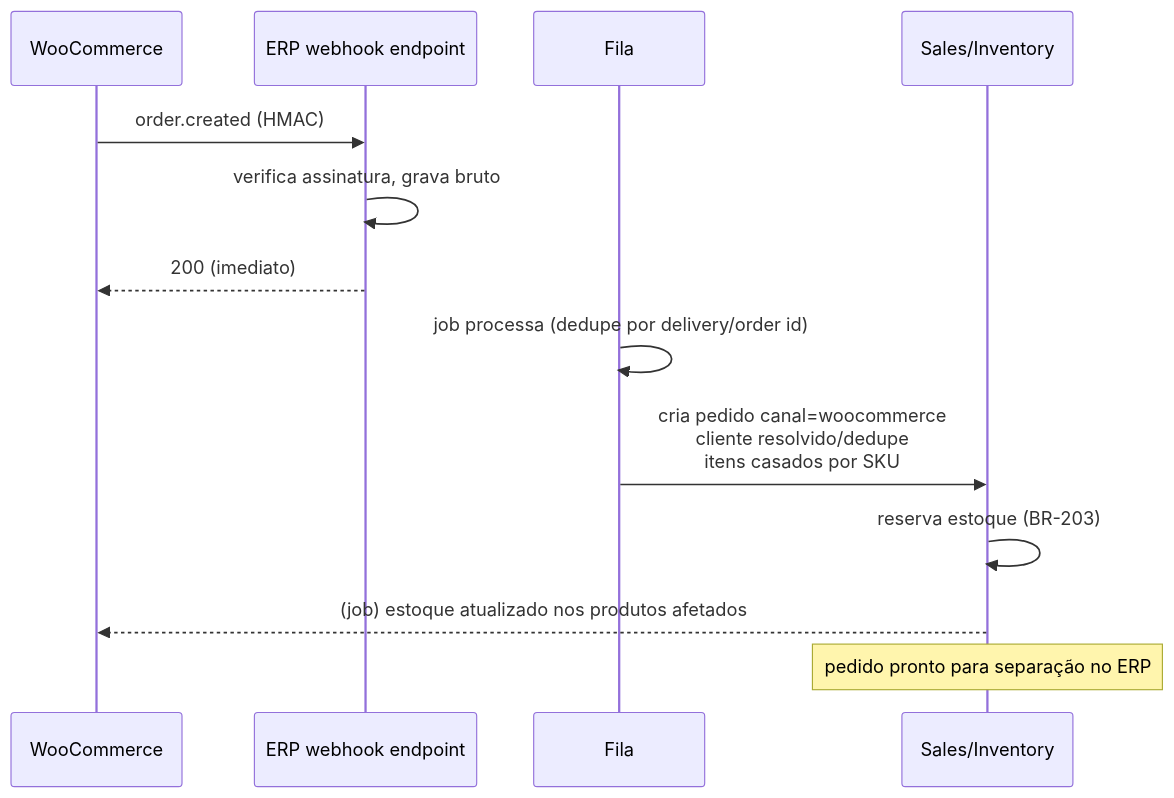
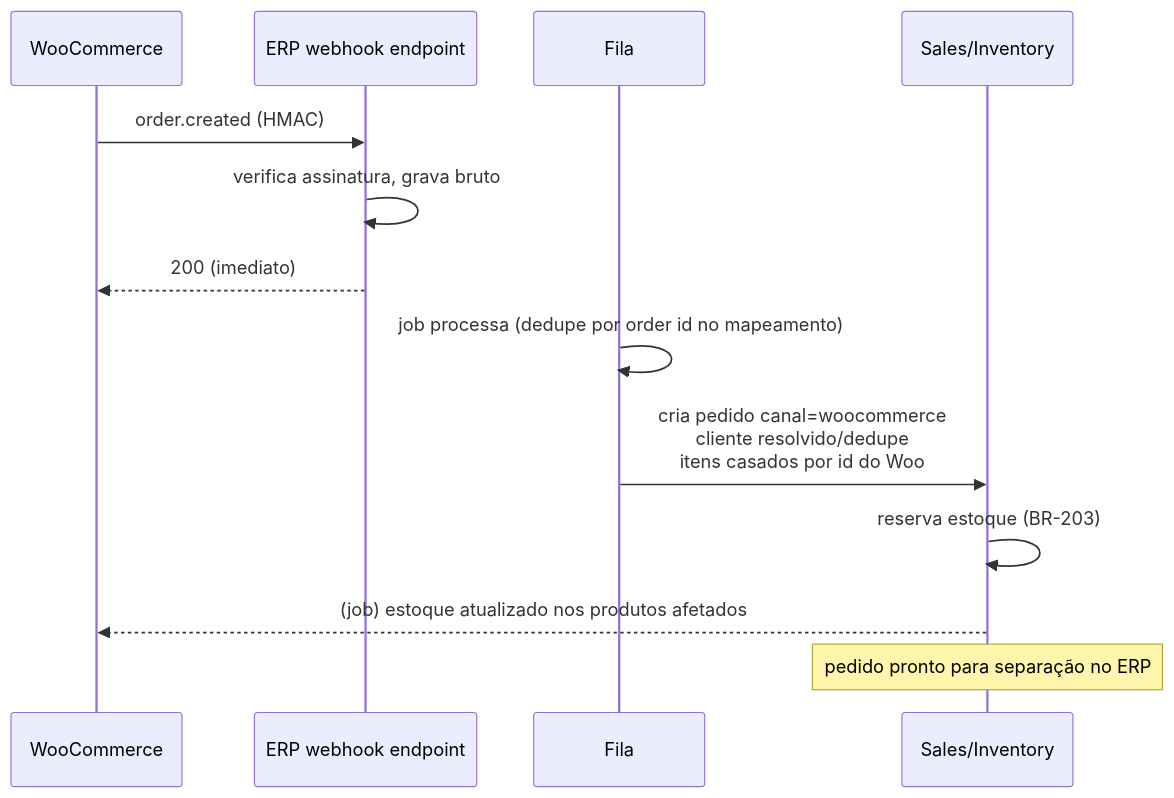
Before and after one commit to diegocarlesso/Gestao_Dona_Arteira: the diagram in docs/16-WooCommerce/README.md, drawn with Mermaid. The commit also changed other lines of this file and 21 other files, not shown here.

````diff
--- a/docs/16-WooCommerce/README.md
+++ b/docs/16-WooCommerce/README.md
@@ -32,15 +32,15 @@
 ```mermaid
 sequenceDiagram
     participant W as WooCommerce
     participant WH as ERP webhook endpoint
     participant Q as Fila
     participant S as Sales/Inventory
     W->>WH: order.created (HMAC)
     WH->>WH: verifica assinatura, grava bruto
     WH-->>W: 200 (imediato)
-    Q->>Q: job processa (dedupe por delivery/order id)
-    Q->>S: cria pedido canal=woocommerce<br/>cliente resolvido/dedupe<br/>itens casados por SKU
+    Q->>Q: job processa (dedupe por order id no mapeamento)
+    Q->>S: cria pedido canal=woocommerce<br/>cliente resolvido/dedupe<br/>itens casados por id do Woo
     S->>S: reserva estoque (BR-203)
     S-->>W: (job) estoque atualizado nos produtos afetados
     Note over S: pedido pronto para separação no ERP
 ```
````
